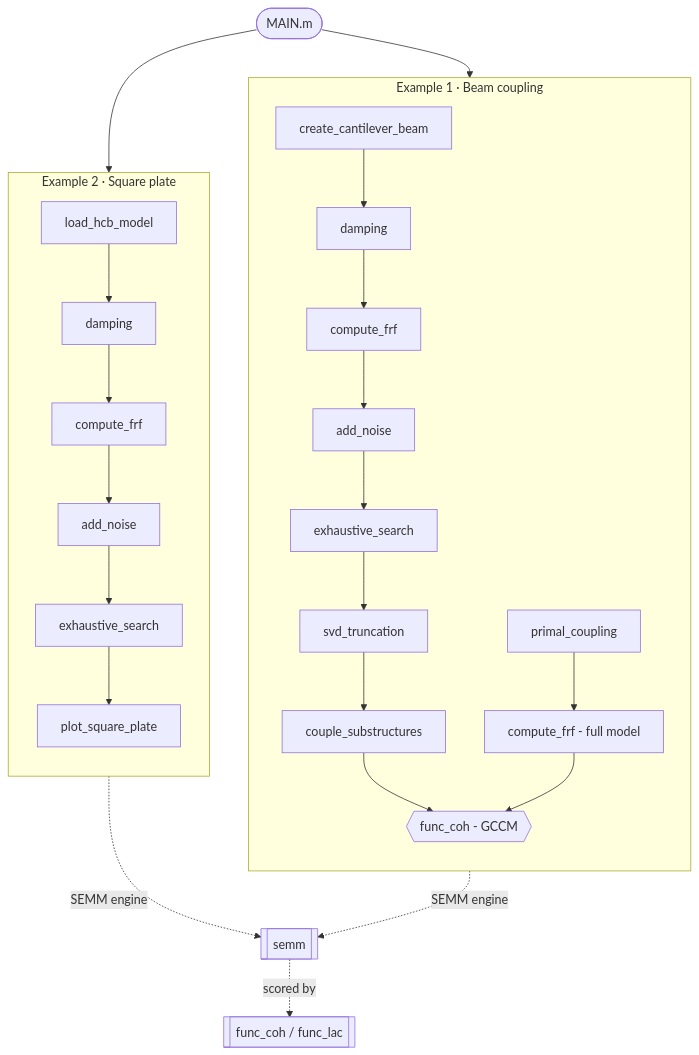
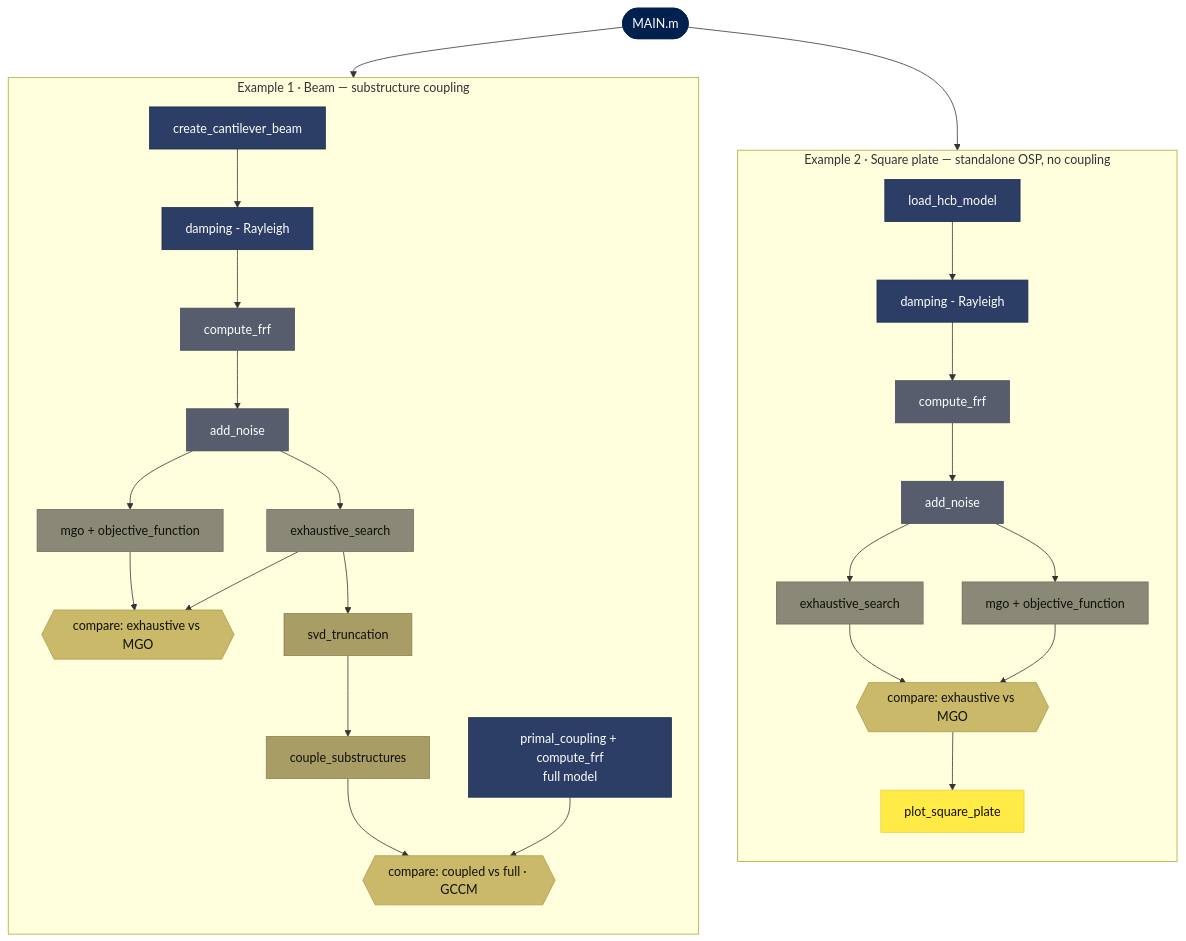
One commit to Jun-AE/Optimal-Interface-Expansion changed the diagram in README.md. Above: the diagram before and after it, drawn with Mermaid. The commit also changed other lines of this file and 1 other file, not shown here.

Commit message:
MAIN.m: add MGO search (direct mgo.m) + comparison to both examples
- Beam and plate examples each run exhaustive_search and mgo (via objective_function) on the same NDP space, then print the exhaustive-vs-MGO comparison
- Beam keeps coupled-SEMM vs full-model comparison; plate remains standalone (no coupling)
- README: mermaid restyled with a cividis palette, SEMM-engine box removed, two separate end-to-end flows; reference mgo directly

````diff
--- a/README.md
+++ b/README.md
@@ -74,32 +74,41 @@
 ```mermaid
 flowchart TD
-    MAIN([MAIN.m])
+    MAIN([MAIN.m]):::hdr
     MAIN --> E1
     MAIN --> E2
 
-    subgraph E1 [Example 1 · Beam coupling]
+    subgraph E1 [Example 1 · Beam — substructure coupling]
         direction TB
-        B1[create_cantilever_beam] --> B2[damping]
-        B2 --> B3[compute_frf]
-        B3 --> B4[add_noise]
-        B4 --> B5[exhaustive_search]
-        B5 --> B6[svd_truncation]
-        B6 --> B7[couple_substructures]
-        B8[primal_coupling] --> B9[compute_frf - full model]
-        B7 --> BG{{func_coh - GCCM}}
-        B9 --> BG
+        A1[create_cantilever_beam]:::model --> A2[damping - Rayleigh]:::model
+        A2 --> A3[compute_frf]:::frf
+        A3 --> A4[add_noise]:::frf
+        A4 --> A5[exhaustive_search]:::search
+        A4 --> A6[mgo + objective_function]:::search
+        A5 --> A7{{compare: exhaustive vs MGO}}:::cmp
+        A6 --> A7
+        A5 --> A8[svd_truncation]:::couple
+        A8 --> A9[couple_substructures]:::couple
+        A10[primal_coupling + compute_frf<br/>full model]:::model --> A11{{compare: coupled vs full · GCCM}}:::cmp
+        A9 --> A11
     end
 
-    subgraph E2 [Example 2 · Square plate]
+    subgraph E2 [Example 2 · Square plate — standalone OSP, no coupling]
         direction TB
-        P1[load_hcb_model] --> P2[damping]
-        P2 --> P3[compute_frf]
-        P3 --> P4[add_noise]
-        P4 --> P5[exhaustive_search]
-        P5 --> P6[plot_square_plate]
+        P1[load_hcb_model]:::model --> P2[damping - Rayleigh]:::model
+        P2 --> P3[compute_frf]:::frf
+        P3 --> P4[add_noise]:::frf
+        P4 --> P5[exhaustive_search]:::search
+        P4 --> P6[mgo + objective_function]:::search
+        P5 --> P7{{compare: exhaustive vs MGO}}:::cmp
+        P6 --> P7
+        P7 --> P8[plot_square_plate]:::plot
     end
 
-    B5 -. SEMM engine .-> CORE[[semm]]
-    P5 -. SEMM engine .-> CORE
-    CORE -. scored by .-> MET[[func_coh / func_lac]]
+    classDef hdr    fill:#00204d,stroke:#00204d,color:#ffffff;
+    classDef model  fill:#2c3e66,stroke:#1b2a4a,color:#ffffff;
+    classDef frf    fill:#575d6d,stroke:#444a59,color:#ffffff;
+    classDef search fill:#8a8978,stroke:#6f6e5f,color:#101006;
+    classDef couple fill:#a99d66,stroke:#8c8155,color:#101006;
+    classDef cmp    fill:#cab969,stroke:#ad9c52,color:#101006;
+    classDef plot   fill:#ffea46,stroke:#e6d23f,color:#101006;
 ```
````
